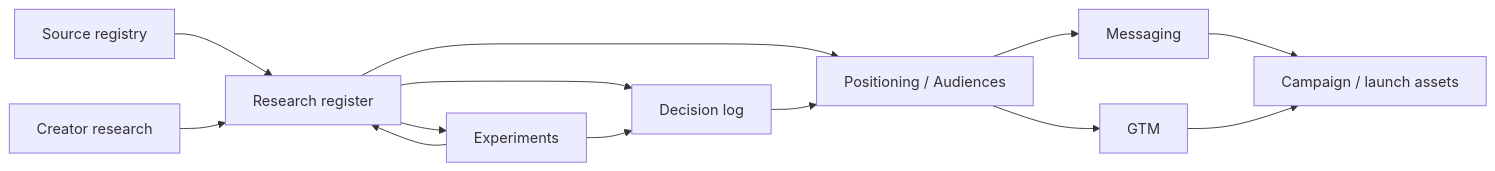
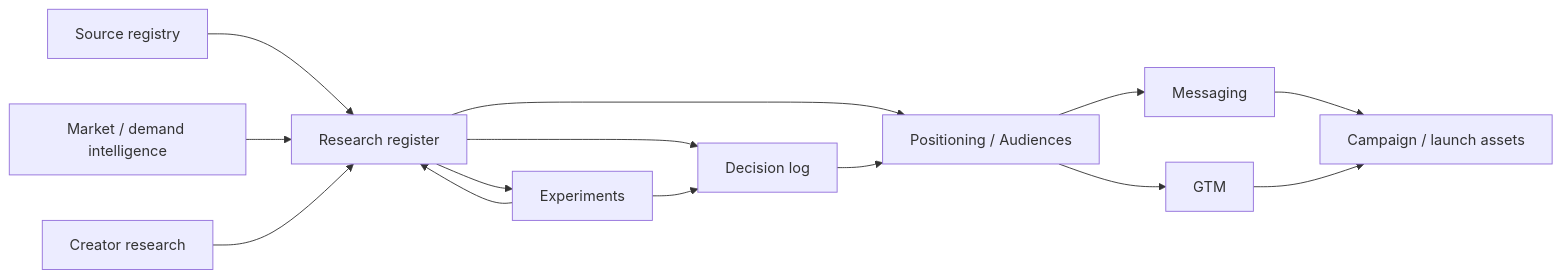
The diagram in docs/marketing/research-register.md (az1nn/openband), drawn with Mermaid before and after one commit. The commit also changed other lines of this file, not shown here.

Commit message:
docs(marketing): extend demand research ledger

````diff
--- a/docs/marketing/research-register.md
+++ b/docs/marketing/research-register.md
@@ -78,15 +87,16 @@
 ```mermaid
 flowchart LR
   S[Source registry] --> R[Research register]
+  MI[Market / demand intelligence] --> R
   CR[Creator research] --> R
   R --> D[Decision log]
   R --> P[Positioning / Audiences]
   D --> P
   P --> M[Messaging]
   P --> G[GTM]
   R --> E[Experiments]
   E --> R
   E --> D
   M --> C[Campaign / launch assets]
   G --> C
 ```
````
